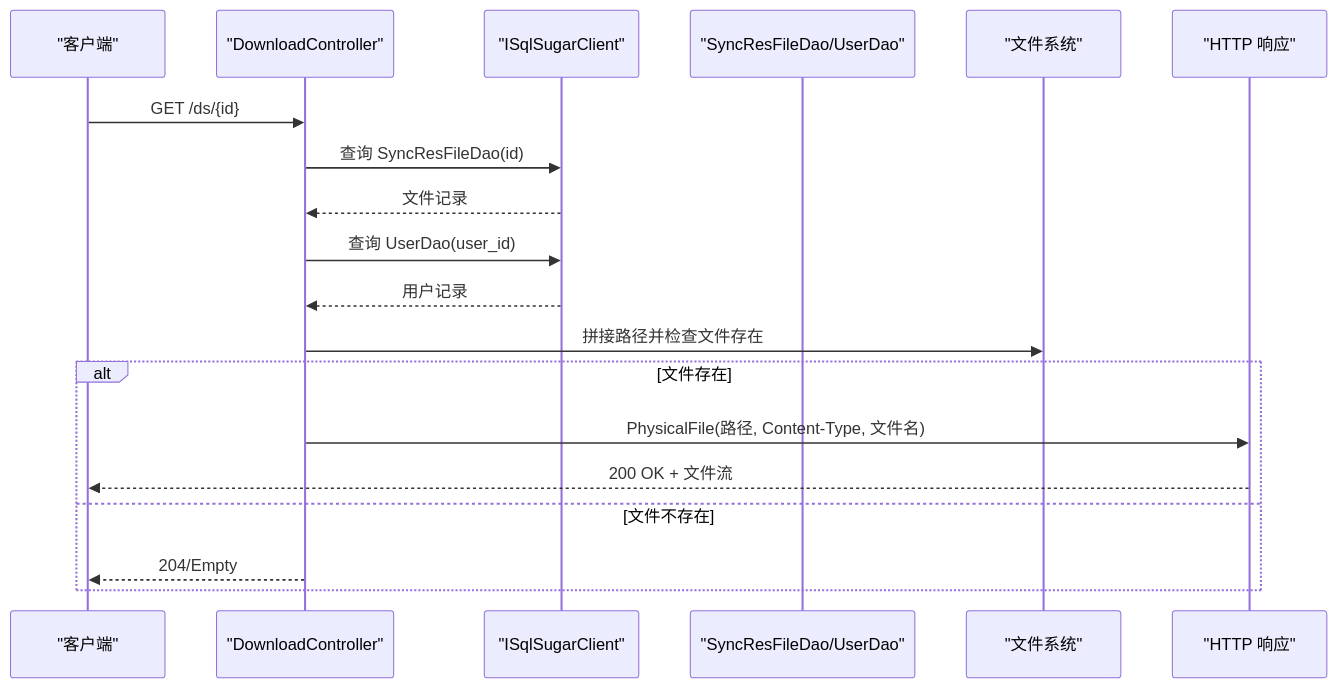
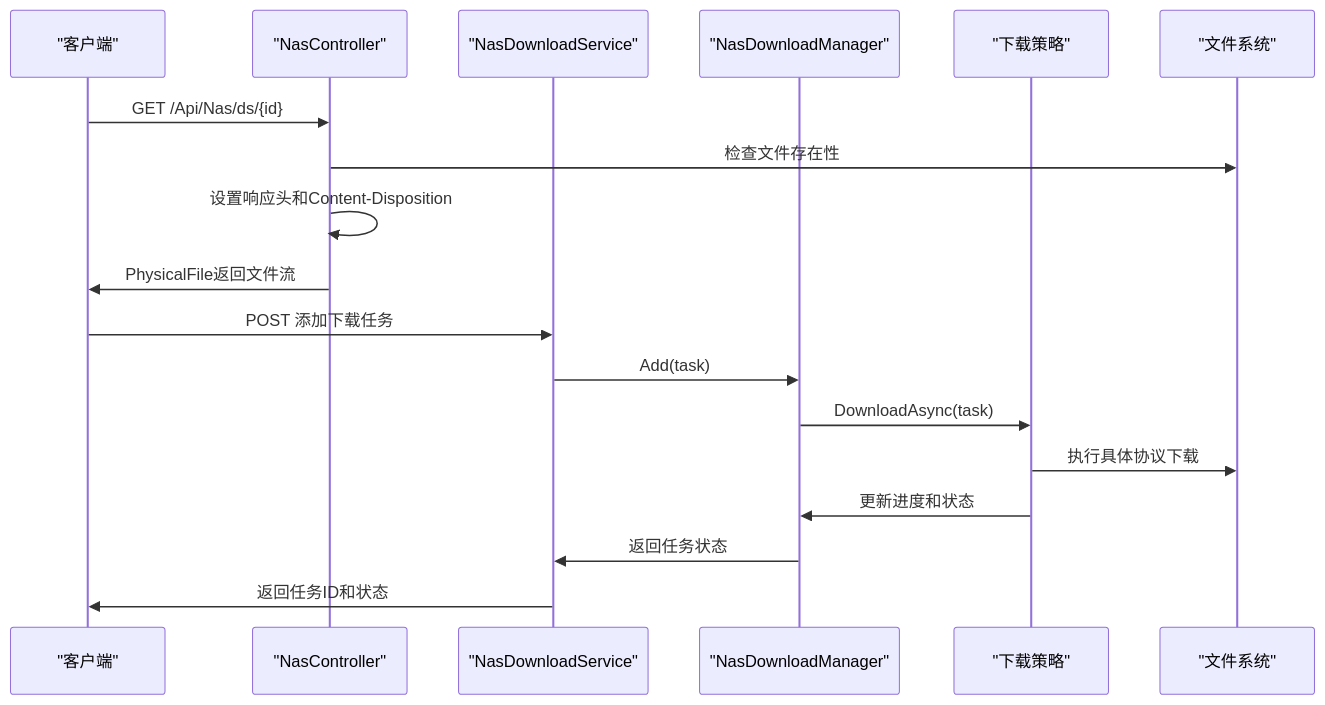
Before and after one commit to leadiot/Scm.Net: the second of 9 diagrams in .qoder/repowiki/zh/content/文件管理系统/文件上传下载/文件下载.md, drawn with Mermaid. The commit also changed other lines of this file and 7 other files, not shown here.

````diff
--- a/.qoder/repowiki/zh/content/文件管理系统/文件上传下载/文件下载.md
+++ b/.qoder/repowiki/zh/content/文件管理系统/文件上传下载/文件下载.md
@@ -120,21 +145,20 @@
 ```mermaid
 sequenceDiagram
 participant Client as "客户端"
-participant Ctrl as "DownloadController"
-participant SQL as "ISqlSugarClient"
-participant DAO as "SyncResFileDao/UserDao"
-participant FS as "文件系统"
-participant Resp as "HTTP 响应"
-Client->>Ctrl : GET /ds/{id}
-Ctrl->>SQL : 查询 SyncResFileDao(id)
-SQL-->>Ctrl : 文件记录
-Ctrl->>SQL : 查询 UserDao(user_id)
-SQL-->>Ctrl : 用户记录
-Ctrl->>FS : 拼接路径并检查文件存在
-alt 文件存在
-Ctrl->>Resp : PhysicalFile(路径, Content-Type, 文件名)
-Resp-->>Client : 200 OK + 文件流
-else 文件不存在
-Ctrl-->>Client : 204/Empty
-end
+participant Controller as "NasController"
+participant Service as "NasDownloadService"
+participant Manager as "NasDownloadManager"
+participant Strategy as "下载策略"
+participant FileSystem as "文件系统"
+Client->>Controller : GET /Api/Nas/ds/{id}
+Controller->>FileSystem : 检查文件存在性
+Controller->>Controller : 设置响应头和Content-Disposition
+Controller->>Client : PhysicalFile返回文件流
+Client->>Service : POST 添加下载任务
+Service->>Manager : Add(task)
+Manager->>Strategy : DownloadAsync(task)
+Strategy->>FileSystem : 执行具体协议下载
+Strategy->>Manager : 更新进度和状态
+Manager->>Service : 返回任务状态
+Service->>Client : 返回任务ID和状态
 ```
````
